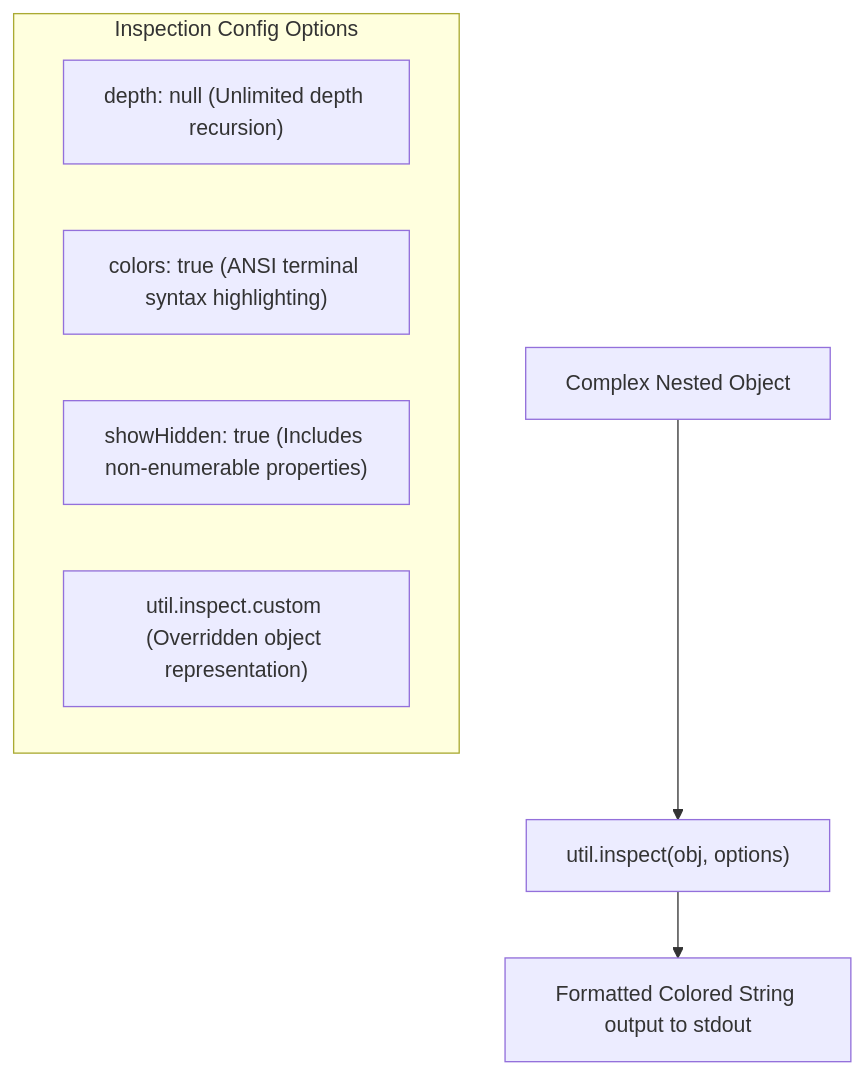
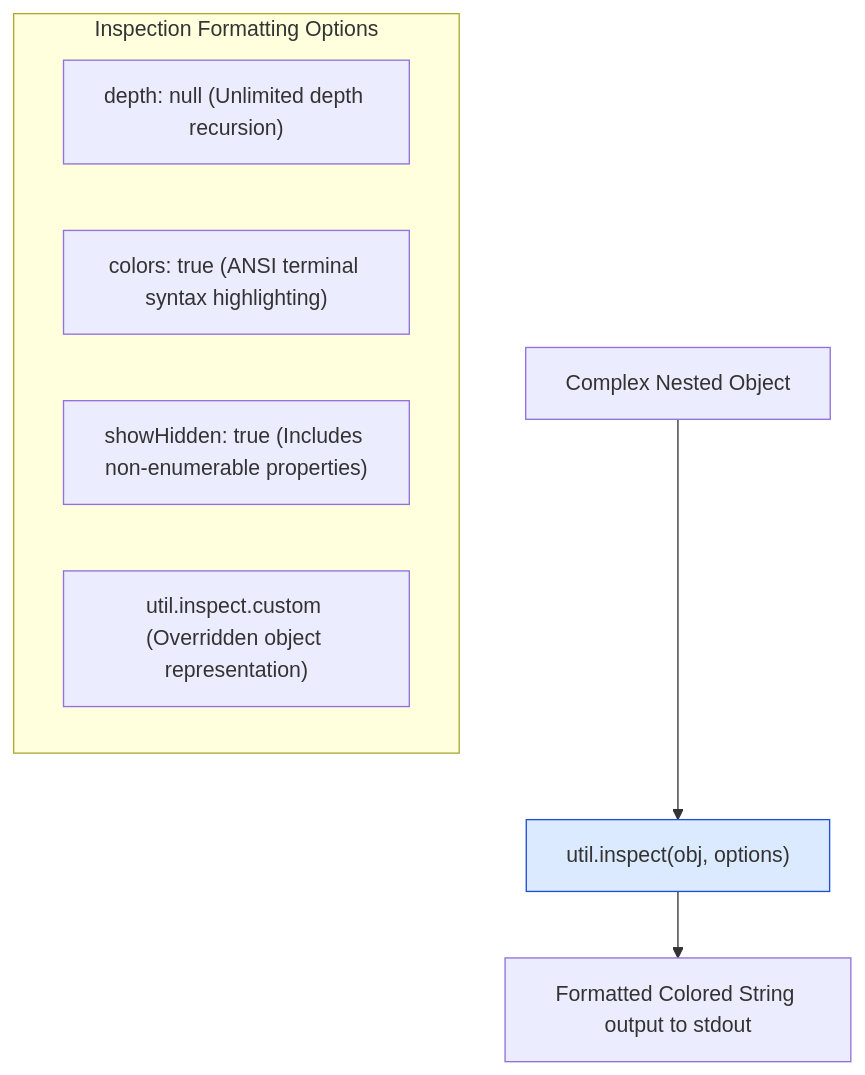
One commit to Amie-dev/engineering-playbook changed the second of 2 diagrams in nodejs-notes/21-util-module.md. Above: the diagram before and after it, drawn with Mermaid. The commit also changed other lines of this file and 31 other files, not shown here.

````diff
--- a/nodejs-notes/21-util-module.md
+++ b/nodejs-notes/21-util-module.md
@@ -57,13 +62,15 @@
 ```mermaid
-graph TD
+flowchart TD
     ObjectInput[Complex Nested Object] --> Inspect["util.inspect(obj, options)"]
     
-    subgraph Inspection Config Options
+    subgraph Inspection Formatting Options
         Depth["depth: null (Unlimited depth recursion)"]
         Colors["colors: true (ANSI terminal syntax highlighting)"]
         Hidden["showHidden: true (Includes non-enumerable properties)"]
         CustomSymbol["util.inspect.custom (Overridden object representation)"]
     end
 
     Inspect --> FormattedString[Formatted Colored String output to stdout]
+
+    style Inspect fill:#dbeafe,stroke:#1d4ed8
 ```
````
